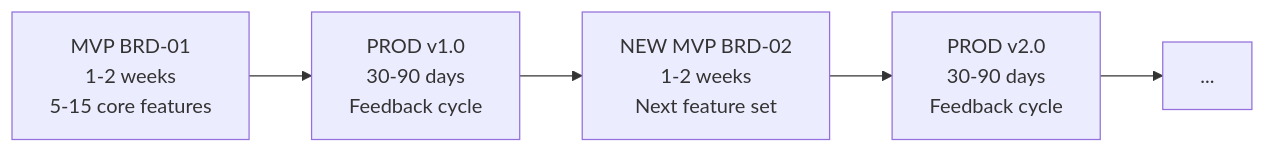
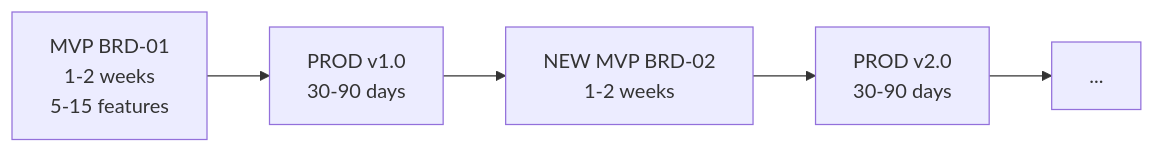
The diagram in README.md (vladm3105/aidoc-flow-framework), drawn with Mermaid before and after one commit. The commit also changed other lines of this file and 39 other files, not shown here.

````diff
--- a/README.md
+++ b/README.md
@@ -17,7 +11,6 @@
 ```mermaid
 flowchart LR
-  MVP1[MVP BRD-01<br/>1-2 weeks<br/>5-15 core features] --> PROD1[PROD v1.0<br/>30-90 days<br/>Feedback cycle]
-  PROD1 --> MVP2[NEW MVP BRD-02<br/>1-2 weeks<br/>Next feature set]
-  MVP2 --> PROD2[PROD v2.0<br/>30-90 days<br/>Feedback cycle]
+  MVP1[MVP BRD-01<br/>1-2 weeks<br/>5-15 features] --> PROD1[PROD v1.0<br/>30-90 days]
+  PROD1 --> MVP2[NEW MVP BRD-02<br/>1-2 weeks] --> PROD2[PROD v2.0<br/>30-90 days]
   PROD2 --> NEXT[...]
 ```
````
